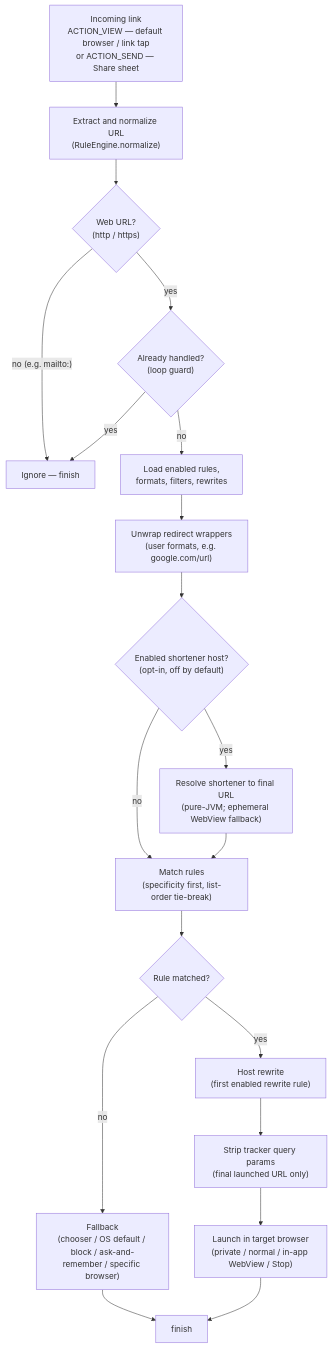
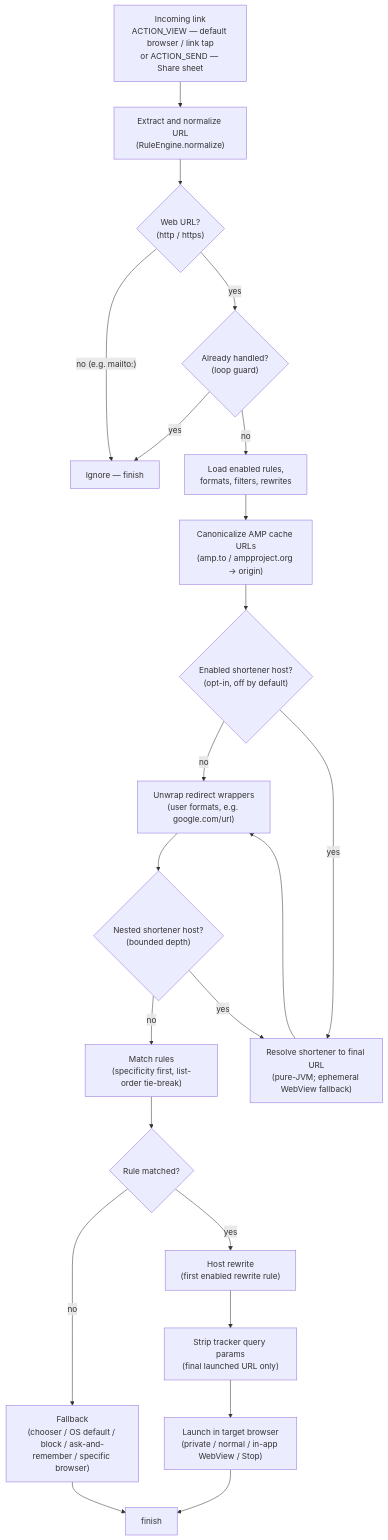
The diagram in docs/content/flow_chart.md (deekue/linkrouter), drawn with Mermaid before and after one commit.

Commit message:
docs: add AMP-cache unwrap step and fix shortener/unwrap ordering
- Add AMP-cache canonicalize node (amp.to / ampproject.org -> origin)
- Move redirect-unwrap after shortener resolution (matches code)
- Add bounded nested-shortener loop back to resolve

```diff
--- a/docs/content/flow_chart.md
+++ b/docs/content/flow_chart.md
@@ -11,21 +11,25 @@
 {{<mermaid>}}
 graph TD
     A["Incoming link<br/>ACTION_VIEW — default browser / link tap<br/>or ACTION_SEND — Share sheet"] --> B["Extract and normalize URL<br/>(RuleEngine.normalize)"]
     B --> C{"Web URL?<br/>(http / https)"}
     C -->|"no (e.g. mailto:)"| O["Ignore — finish"]
     C -->|"yes"| D{"Already handled?<br/>(loop guard)"}
     D -->|"yes"| O
     D -->|"no"| E["Load enabled rules,<br/>formats, filters, rewrites"]
-    E --> E2["Unwrap redirect wrappers<br/>(user formats, e.g. google.com/url)"]
-    E2 --> F{"Enabled shortener host?<br/>(opt-in, off by default)"}
-    F -->|"no"| H
+    E --> E3["Canonicalize AMP cache URLs<br/>(amp.to / ampproject.org → origin)"]
+    E3 --> F{"Enabled shortener host?<br/>(opt-in, off by default)"}
+    F -->|"no"| E2
     F -->|"yes"| G["Resolve shortener to final URL<br/>(pure-JVM; ephemeral WebView fallback)"]
-    G --> H["Match rules<br/>(specificity first, list-order tie-break)"]
+    G --> E2["Unwrap redirect wrappers<br/>(user formats, e.g. google.com/url)"]
+    E2 --> F2{"Nested shortener host?<br/>(bounded depth)"}
+    F2 -->|"no"| H
+    F2 -->|"yes"| G
+    H["Match rules<br/>(specificity first, list-order tie-break)"]
     H --> I{"Rule matched?"}
     I -->|"no"| J["Fallback<br/>(chooser / OS default / block / ask-and-remember / specific browser)"]
     J --> N["finish"]
     I -->|"yes"| K["Host rewrite<br/>(first enabled rewrite rule)"]
     K --> L["Strip tracker query params<br/>(final launched URL only)"]
     L --> M["Launch in target browser<br/>(private / normal / in-app WebView / Stop)"]
     M --> N
 {{</mermaid>}}
```
